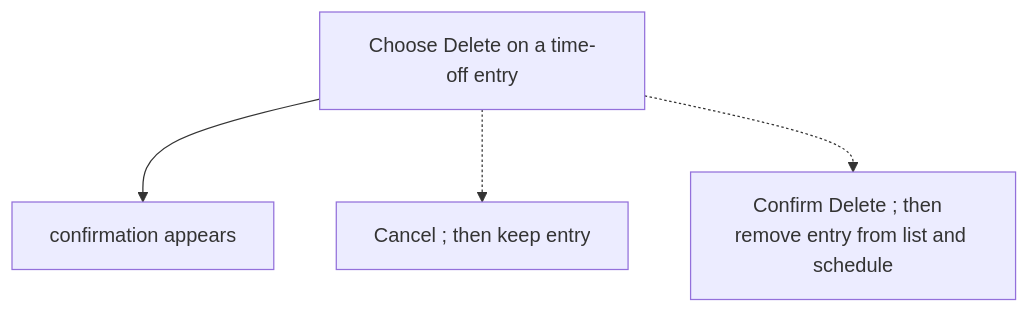
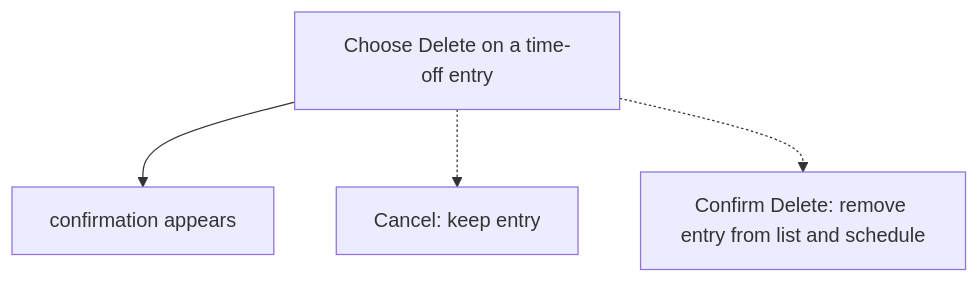
Before and after one commit to Kevinjohn/capacitylens: the first of 2 diagrams in user-stories/time-off/US-TOF-03-delete-time-off.md, drawn with Mermaid. The commit also changed other lines of this file and 119 other files, not shown here.

First line of the commit message:
docs: correct story text and flow diagrams against current source

````diff
--- a/user-stories/time-off/US-TOF-03-delete-time-off.md
+++ b/user-stories/time-off/US-TOF-03-delete-time-off.md
@@ -22,10 +22,10 @@
 ```mermaid
 flowchart TD
   N1["Choose Delete on a time-off entry"]
   N2["confirmation appears"]
-  B1["Cancel ; then  keep entry"]
-  B2["Confirm Delete ; then  remove entry from list and schedule"]
+  B1["Cancel: keep entry"]
+  B2["Confirm Delete: remove entry from list and schedule"]
   N1 --> N2
   N1 -.-> B1
   N1 -.-> B2
 ```
````
